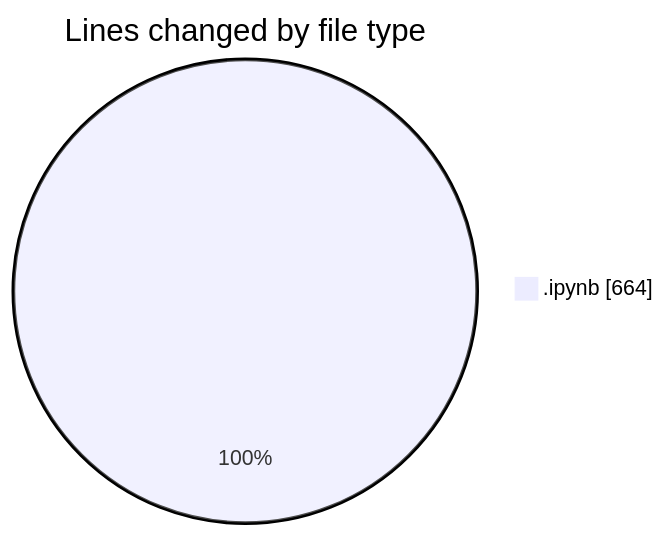
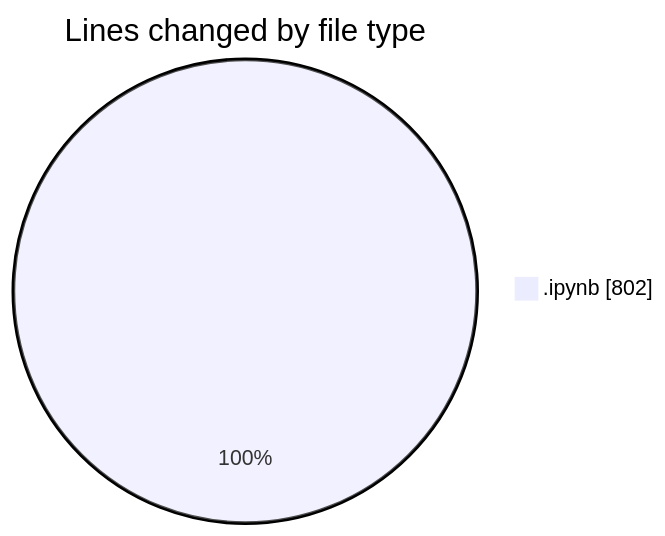
The first of 2 diagrams in 2026-09-01/pws_v/README.md (Unknowalive/code-tracking), drawn with Mermaid before and after one commit. The commit also changed other lines of this file and 1 other file, not shown here.

````diff
--- a/2026-09-01/pws_v/README.md
+++ b/2026-09-01/pws_v/README.md
@@ -20,5 +20,5 @@
 ```mermaid
 pie showData
 title Lines changed by file type
-".ipynb" : 664
+".ipynb" : 802
 ```
````
